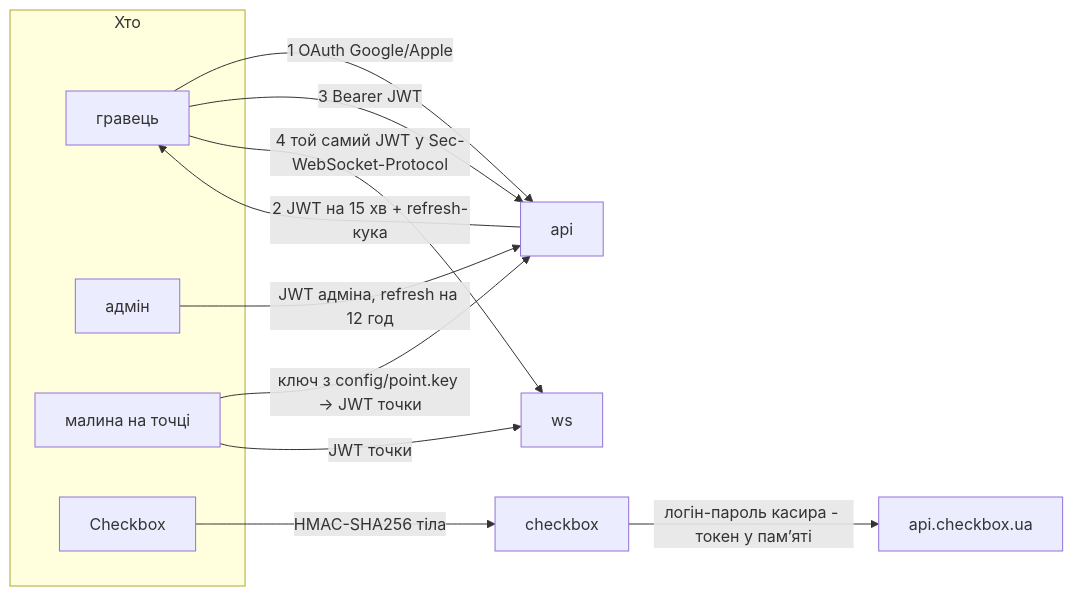
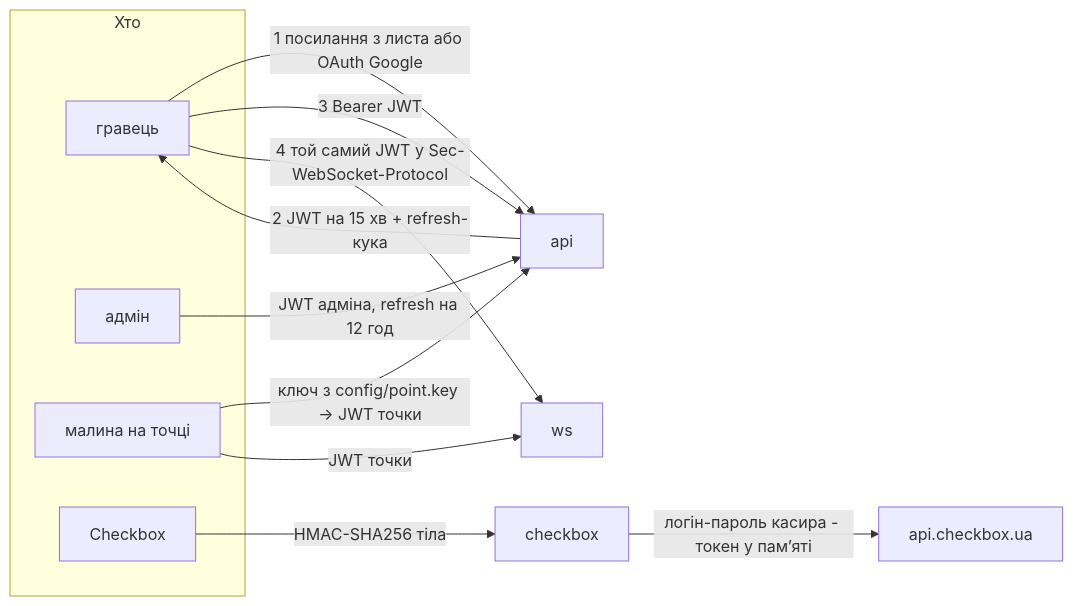
The second of 2 diagrams in docs/services.md (arsengoian/extrovert.cafe), drawn with Mermaid before and after one commit. The commit also changed other lines of this file and 32 other files, not shown here.

````diff
--- a/docs/services.md
+++ b/docs/services.md
@@ -227,19 +229,19 @@
 ```mermaid
 graph LR
     subgraph who["Хто"]
         P["гравець"]
         A["адмін"]
         K["малина на точці"]
         CBX["Checkbox"]
     end
 
-    P -->|"1 OAuth Google/Apple"| API1["api"]
+    P -->|"1 посилання з листа або OAuth Google"| API1["api"]
     API1 -->|"2 JWT на 15 хв + refresh-кука"| P
     P -->|"3 Bearer JWT"| API1
     P -->|"4 той самий JWT у Sec-WebSocket-Protocol"| WS1["ws"]
     A -->|"JWT адміна, refresh на 12 год"| API1
     K -->|"ключ з config/point.key → JWT точки"| API1
     K -->|"JWT точки"| WS1
     CBX -->|"HMAC-SHA256 тіла"| CB1["checkbox"]
     CB1 -->|"логін-пароль касира - токен у памʼяті"| CBAPI1["api.checkbox.ua"]
 ```
````
